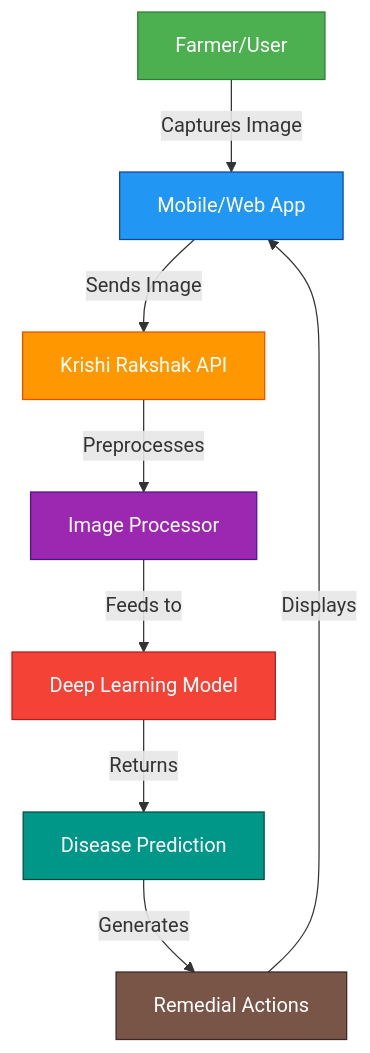
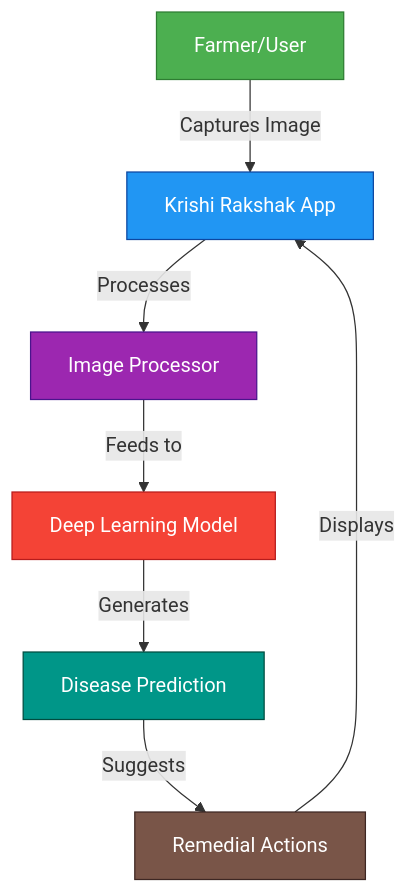
The first of 4 diagrams in README.md (VIKAS9793/KrishiRakshak), drawn with Mermaid before and after one commit. The commit also changed other lines of this file and 1 other file, not shown here.

````diff
--- a/README.md
+++ b/README.md
@@ -40,18 +40,16 @@
 ```mermaid
 graph TD
-    A[Farmer/User] -->|Captures Image| B[Mobile/Web App]
-    B -->|Sends Image| C[Krishi Rakshak API]
-    C -->|Preprocesses| D[Image Processor]
-    D -->|Feeds to| E[Deep Learning Model]
-    E -->|Returns| F[Disease Prediction]
-    F -->|Generates| G[Remedial Actions]
-    G -->|Displays| B
+    A[Farmer/User] -->|Captures Image| B[Krishi Rakshak App]
+    B -->|Processes| C[Image Processor]
+    C -->|Feeds to| D[Deep Learning Model]
+    D -->|Generates| E[Disease Prediction]
+    E -->|Suggests| F[Remedial Actions]
+    F -->|Displays| B
     
     style A fill:#4caf50,stroke:#2e7d32,color:white
     style B fill:#2196f3,stroke:#0d47a1,color:white
-    style C fill:#ff9800,stroke:#e65100,color:white
-    style D fill:#9c27b0,stroke:#4a148c,color:white
-    style E fill:#f44336,stroke:#b71c1c,color:white
-    style F fill:#009688,stroke:#004d40,color:white
-    style G fill:#795548,stroke:#3e2723,color:white
+    style C fill:#9c27b0,stroke:#4a148c,color:white
+    style D fill:#f44336,stroke:#b71c1c,color:white
+    style E fill:#009688,stroke:#004d40,color:white
+    style F fill:#795548,stroke:#3e2723,color:white
 ```
````
